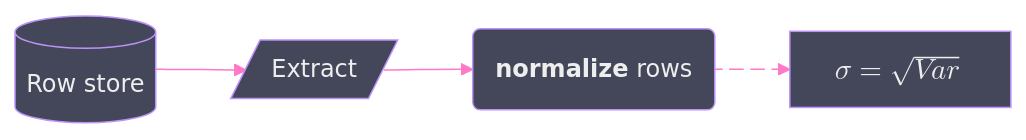
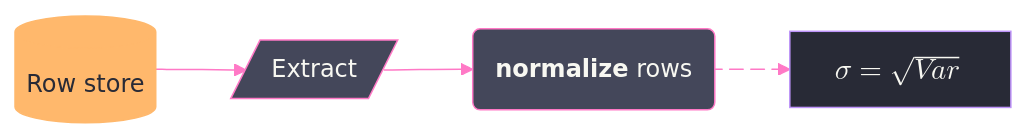
One commit to bsamiee/Rasm changed the first of 5 diagrams in .claude/skills/mermaid-diagramming/references/syntax-core.md. Above: the diagram before and after it, drawn with Mermaid. The commit also changed other lines of this file and 51 other files, not shown here.

````diff
--- a/.claude/skills/mermaid-diagramming/references/syntax-core.md
+++ b/.claude/skills/mermaid-diagramming/references/syntax-core.md
@@ -15,17 +15,26 @@
 ```mermaid
 ---
 config:
   theme: base
   themeVariables:
     darkMode: true
+    fontFamily: "SF Mono, Menlo, Cascadia Mono, Segoe UI Mono, Consolas, monospace"
     mainBkg: "#44475A"
     nodeBorder: "#BD93F9"
     lineColor: "#FF79C6"
     textColor: "#F8F8F2"
 ---
 flowchart LR
+    accTitle: Flowchart metadata demo
+    accDescr: A row store extracted, normalized, and scored, exercising shape metadata, markdown labels, KaTeX, and an animated edge id.
     Store@{ shape: cyl, label: "Row store" } --> Extract@{ shape: lean-r, label: "Extract" }
     Extract --> Norm("`**normalize** rows`")
     Norm e1@--> Score["$$\sigma = \sqrt{Var}$$"]
     e1@{ animate: true }
+    classDef primary fill:#44475A,stroke:#FF79C6,color:#F8F8F2
+    classDef data fill:#FFB86C,stroke:#FFB86C,color:#282A36
+    classDef boundary fill:#282A36,stroke:#BD93F9,color:#F8F8F2
+    class Extract,Norm primary
+    class Store data
+    class Score boundary
 ```
````
